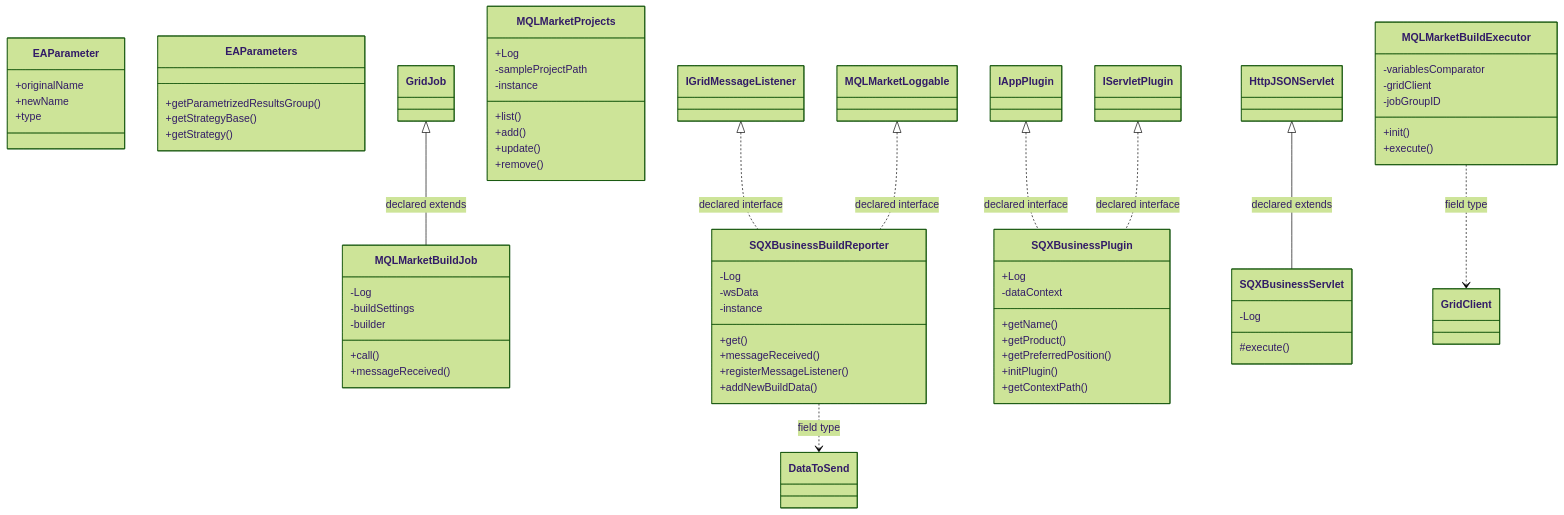
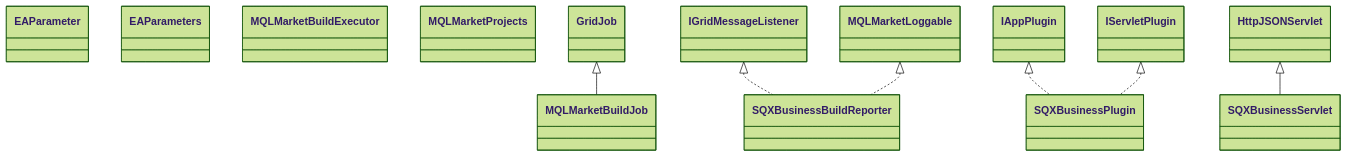
Before and after one commit to haruperi/HaruQuantAI: the diagram in docs/sqx/SQXBusiness/AppSQXBusiness.md, drawn with Mermaid (forest theme). The commit also changed other lines of this file and 1688 other files, not shown here.

````diff
--- a/docs/sqx/SQXBusiness/AppSQXBusiness.md
+++ b/docs/sqx/SQXBusiness/AppSQXBusiness.md
@@ -30,74 +26,23 @@
 ```mermaid
 classDiagram
-    class C90abec2c96ef["EAParameter"] {
-        +originalName
-        +newName
-        +type
-    }
-    class Cbbca45d67ab5["EAParameters"] {
-        +getParametrizedResultsGroup()
-        +getStrategyBase()
-        +getStrategy()
-    }
-    class C84cb4ea075c9["MQLMarketBuildExecutor"] {
-        -variablesComparator
-        -gridClient
-        -jobGroupID
-        +init()
-        +execute()
-    }
-    class C0c388467bc30["MQLMarketBuildJob"] {
-        -Log
-        -buildSettings
-        -builder
-        +call()
-        +messageReceived()
-    }
-    class C4ccecde6ce03["MQLMarketProjects"] {
-        +Log
-        -sampleProjectPath
-        -instance
-        +list()
-        +add()
-        +update()
-        +remove()
-    }
-    class C388f542c378d["SQXBusinessBuildReporter"] {
-        -Log
-        -wsData
-        -instance
-        +get()
-        +messageReceived()
-        +registerMessageListener()
-        +addNewBuildData()
-    }
-    class C10426ba0804c["SQXBusinessPlugin"] {
-        +Log
-        -dataContext
-        +getName()
-        +getProduct()
-        +getPreferredPosition()
-        +initPlugin()
-        +getContextPath()
-    }
-    class C581eab494cdc["SQXBusinessServlet"] {
-        -Log
-        #execute()
-    }
-    class C2d5349dc1f49["GridClient"]
-    class C729a56512564["GridJob"]
-    class C8470fa154fcb["IGridMessageListener"]
-    class C99590a979c84["MQLMarketLoggable"]
-    class C71ae2af47347["IAppPlugin"]
-    class C6128eed56b6d["DataToSend"]
-    class C249b5c671b1a["IServletPlugin"]
-    class C8900f90ae594["HttpJSONServlet"]
-    C84cb4ea075c9 ..> C2d5349dc1f49 : field type
-    C729a56512564 <|-- C0c388467bc30 : declared extends
-    C8470fa154fcb <|.. C388f542c378d : declared interface
-    C99590a979c84 <|.. C388f542c378d : declared interface
-    C388f542c378d ..> C6128eed56b6d : field type
-    C71ae2af47347 <|.. C10426ba0804c : declared interface
-    C249b5c671b1a <|.. C10426ba0804c : declared interface
-    C8900f90ae594 <|-- C581eab494cdc : declared extends
+    class C0["EAParameter"]
+    class C1["EAParameters"]
+    class C2["MQLMarketBuildExecutor"]
+    class C3["MQLMarketBuildJob"]
+    class C4["MQLMarketProjects"]
+    class C5["SQXBusinessBuildReporter"]
+    class C6["SQXBusinessPlugin"]
+    class C7["SQXBusinessServlet"]
+    class E0["GridJob"]
+    E0 <|-- C3
+    class E1["IGridMessageListener"]
+    E1 <|.. C5
+    class E2["MQLMarketLoggable"]
+    E2 <|.. C5
+    class E3["IAppPlugin"]
+    E3 <|.. C6
+    class E4["IServletPlugin"]
+    E4 <|.. C6
+    class E5["HttpJSONServlet"]
+    E5 <|-- C7
 ```
````
